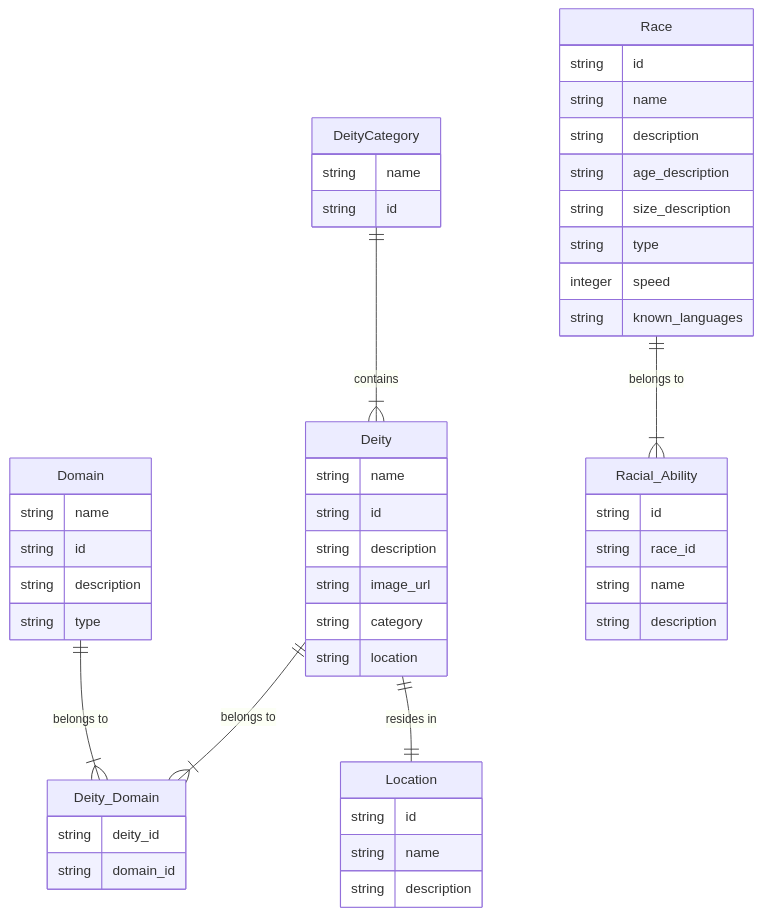
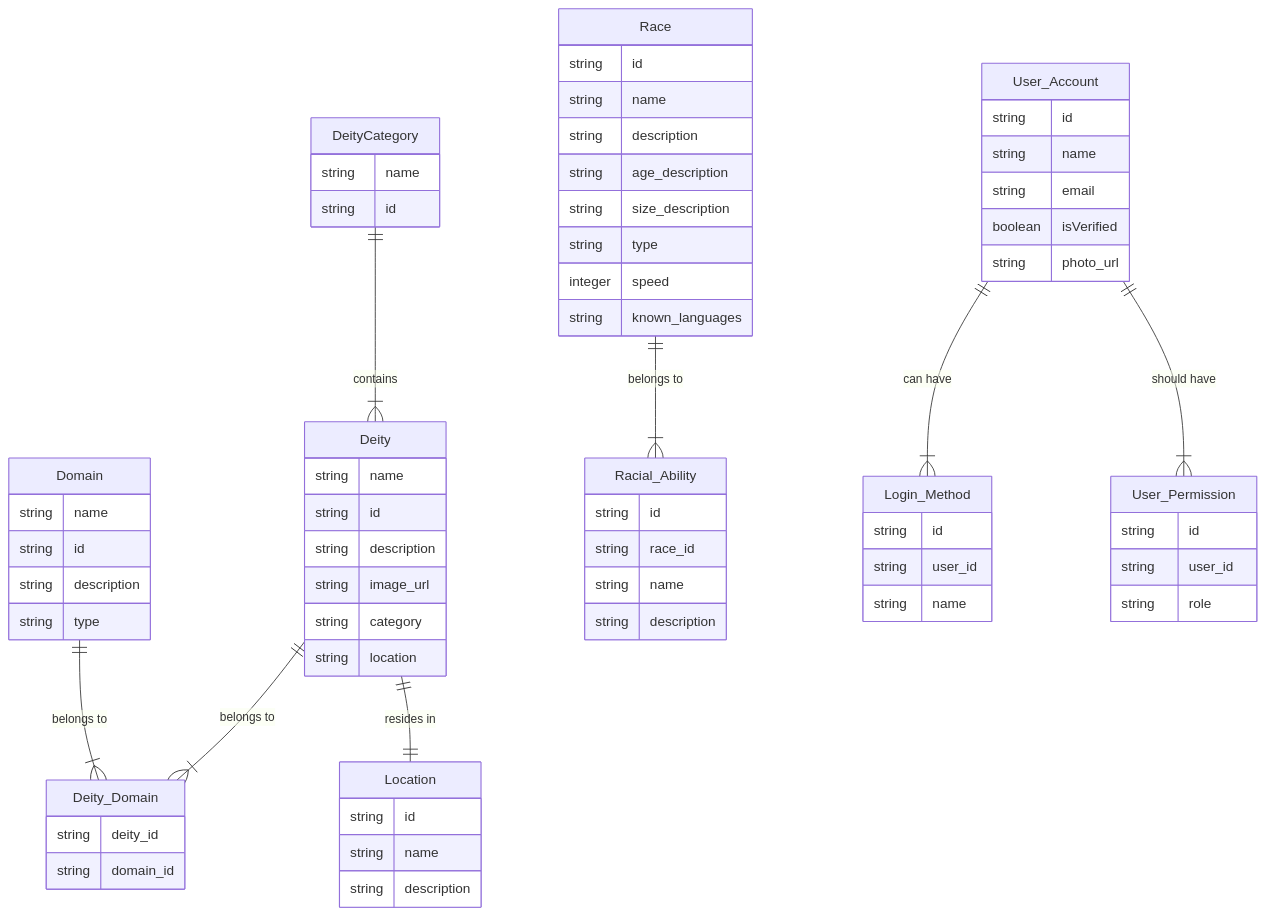
The diagram in libs/db/migrations/diagram.mmd (jmcdo29/unteris), drawn with Mermaid before and after one commit. The commit also changed 3 other files, not shown here.

```diff
--- a/libs/db/migrations/diagram.mmd
+++ b/libs/db/migrations/diagram.mmd
@@ -1,49 +1,68 @@
 erDiagram
     DeityCategory ||--|{ Deity : "contains"
     Deity ||--|{ Deity_Domain : "belongs to"
     Domain ||--|{ Deity_Domain : "belongs to"
     Deity ||--|| Location : "resides in"
     Race ||--|{ Racial_Ability : "belongs to"
+    User_Account ||--|{ Login_Method : "can have"
+    User_Account || --|{ User_Permission : "should have"
     DeityCategory {
         string name
         string id
     }
     Deity {
         string name
         string id
         string description
         string image_url
         string category
         string location
     }
     Domain {
         string name
         string id
         string description
         string type
     }
     Deity_Domain {
         string deity_id
         string domain_id
     }
     Location {
         string id
         string name
         string description
     }
     Race {
         string id
         string name
         string description
         string age_description
         string size_description
         string type
         integer speed
         string known_languages
     }
     Racial_Ability {
         string id
         string race_id
         string name
         string description
     }
+    User_Account {
+        string id
+        string name
+        string email
+        boolean isVerified
+        string photo_url
+    }
+    User_Permission {
+        string id
+        string user_id
+        string role
+    }
+    Login_Method {
+        string id
+        string user_id
+        string name
+    }
```
